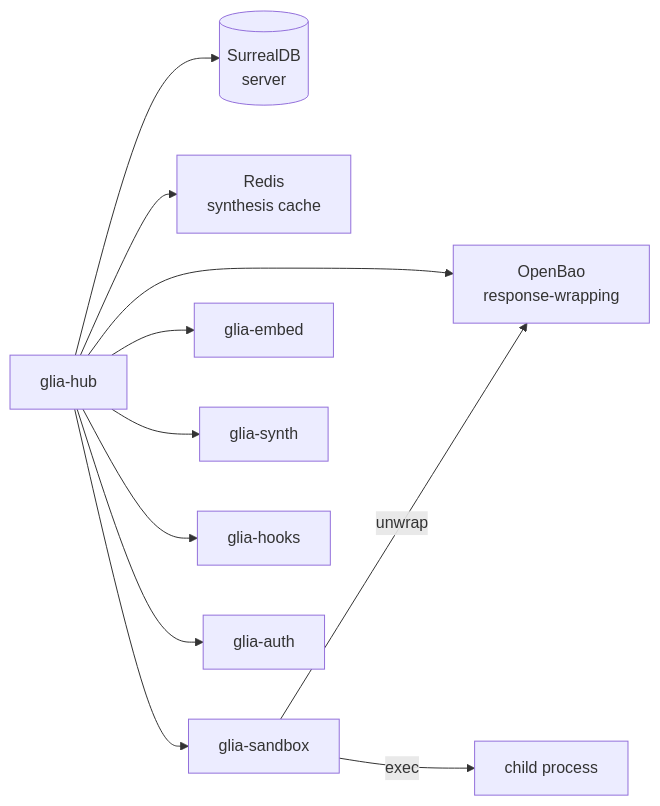
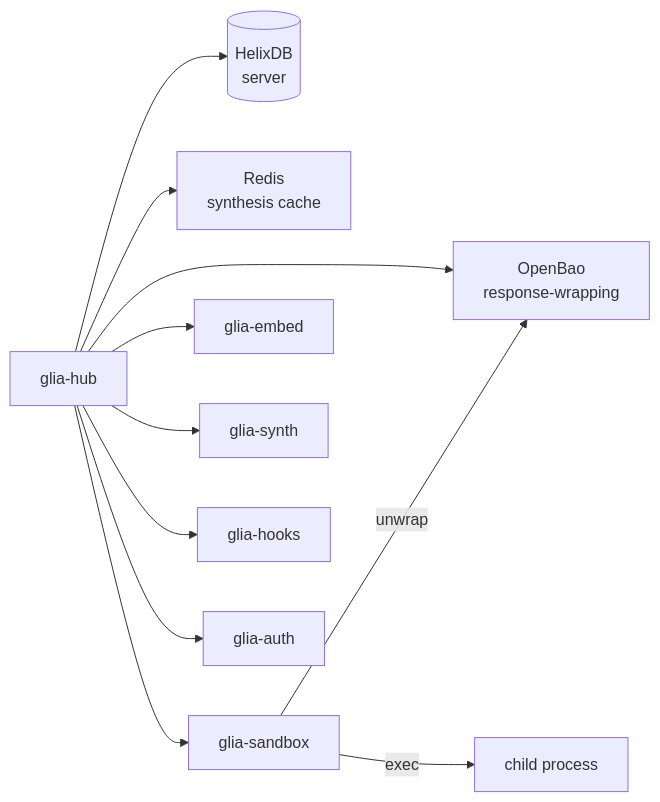
One commit to Vellixia/Glia changed the second of 2 diagrams in docs/hub.md. Above: the diagram before and after it, drawn with Mermaid. The commit also changed other lines of this file and 40 other files, not shown here.

First line of the commit message:
feat(v0.2.0): migrate SurrealDB to HelixDB + single-gateway architecture

````diff
--- a/docs/hub.md
+++ b/docs/hub.md
@@ -103,13 +103,13 @@
 ```mermaid
 flowchart LR
-    HUB[glia-hub] --> SDB[("SurrealDB<br/>server")]
+    HUB[glia-hub] --> SDB[("HelixDB<br/>server")]
     HUB --> BAO["OpenBao<br/>response-wrapping"]
     HUB --> REDIS["Redis<br/>synthesis cache"]
     HUB --> SAND[glia-sandbox]
     SAND -->|unwrap| BAO
     SAND -->|exec| CHILD["child process"]
     HUB --> EM[glia-embed]
     HUB --> SY[glia-synth]
     HUB --> HOOKS[glia-hooks]
     HUB --> AUTH[glia-auth]
 ```
````
